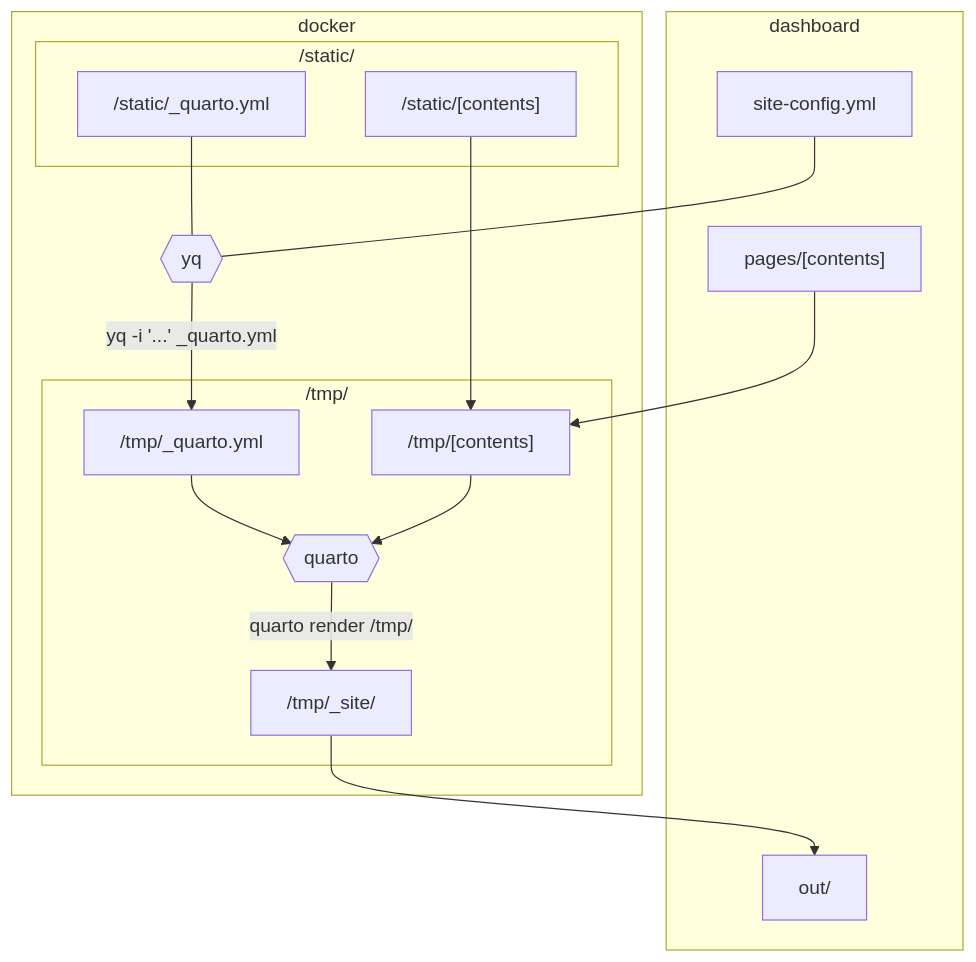
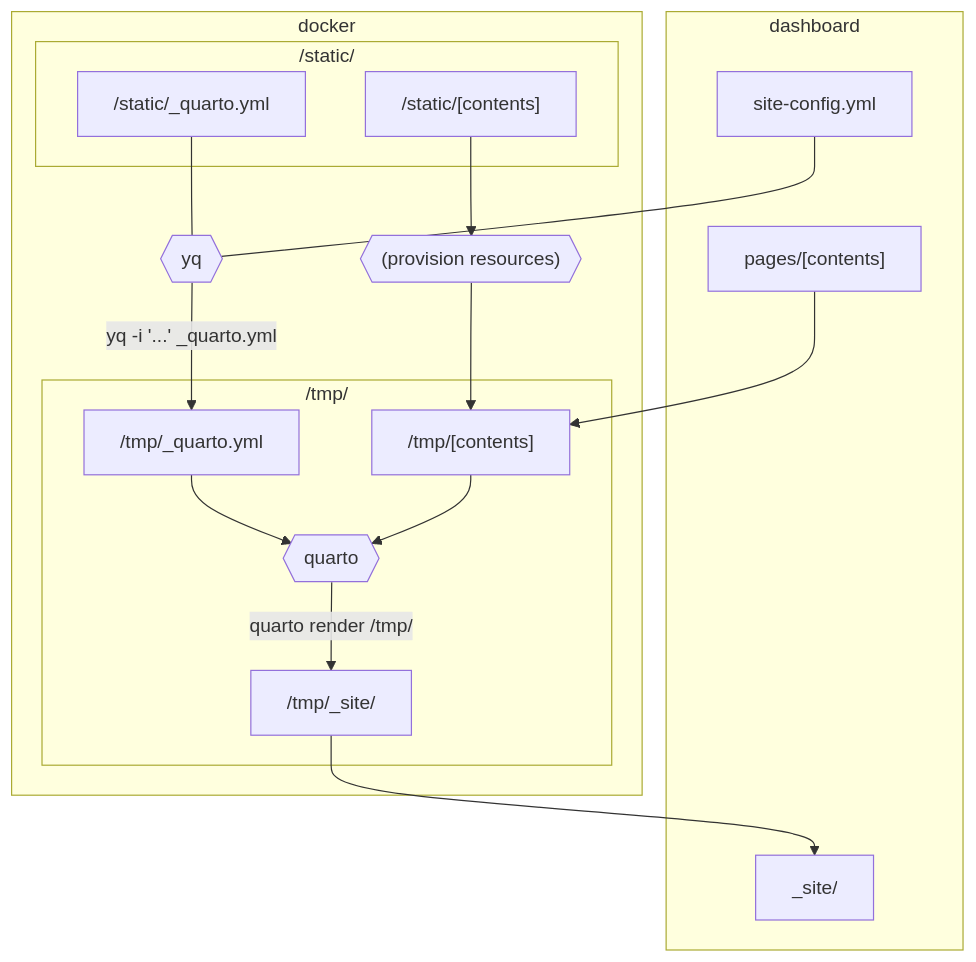
Before and after one commit to hubverse-org/hubDocs: the diagram in docs/source/developer/dashboard-site.md, drawn with Mermaid. The commit also changed other lines of this file, not shown here.

````diff
--- a/docs/source/developer/dashboard-site.md
+++ b/docs/source/developer/dashboard-site.md
@@ -132,30 +86,31 @@
 ```{mermaid}
 :config: {"theme": "base", "themeVariables": {"primaryColor": "#dbeefb", "primaryBorderColor": "#3c88be"}}
 flowchart TD
   subgraph dashboard
     pages/contents["pages/[contents]"]
     site-config.yml
-    out/
+    _site/
   end
   subgraph docker
     subgraph /static/
         /static/contents["/static/[contents]"]
         /static/_quarto.yml["/static/_quarto.yml"]
     end
+    js{{"(provision resources)"}}
     yq{{"yq"}}
     subgraph /tmp/
         _quarto.yml["/tmp/_quarto.yml"]
         contents["/tmp/[contents]"]
-        _site/["/tmp/_site/"]
+        /tmp/_site/
         quarto{{"quarto"}}
     end
   end
   pages/contents --> contents
   site-config.yml --- yq
-  /static/contents --> contents
+  /static/contents --> js --> contents
   /static/_quarto.yml --- yq
   yq -->|yq -i '...' _quarto.yml | _quarto.yml
   _quarto.yml --> quarto
   contents --> quarto
-  quarto -->|quarto render /tmp/| _site/ --> out/
+  quarto -->|quarto render /tmp/| /tmp/_site/ --> _site/
 ```
````
